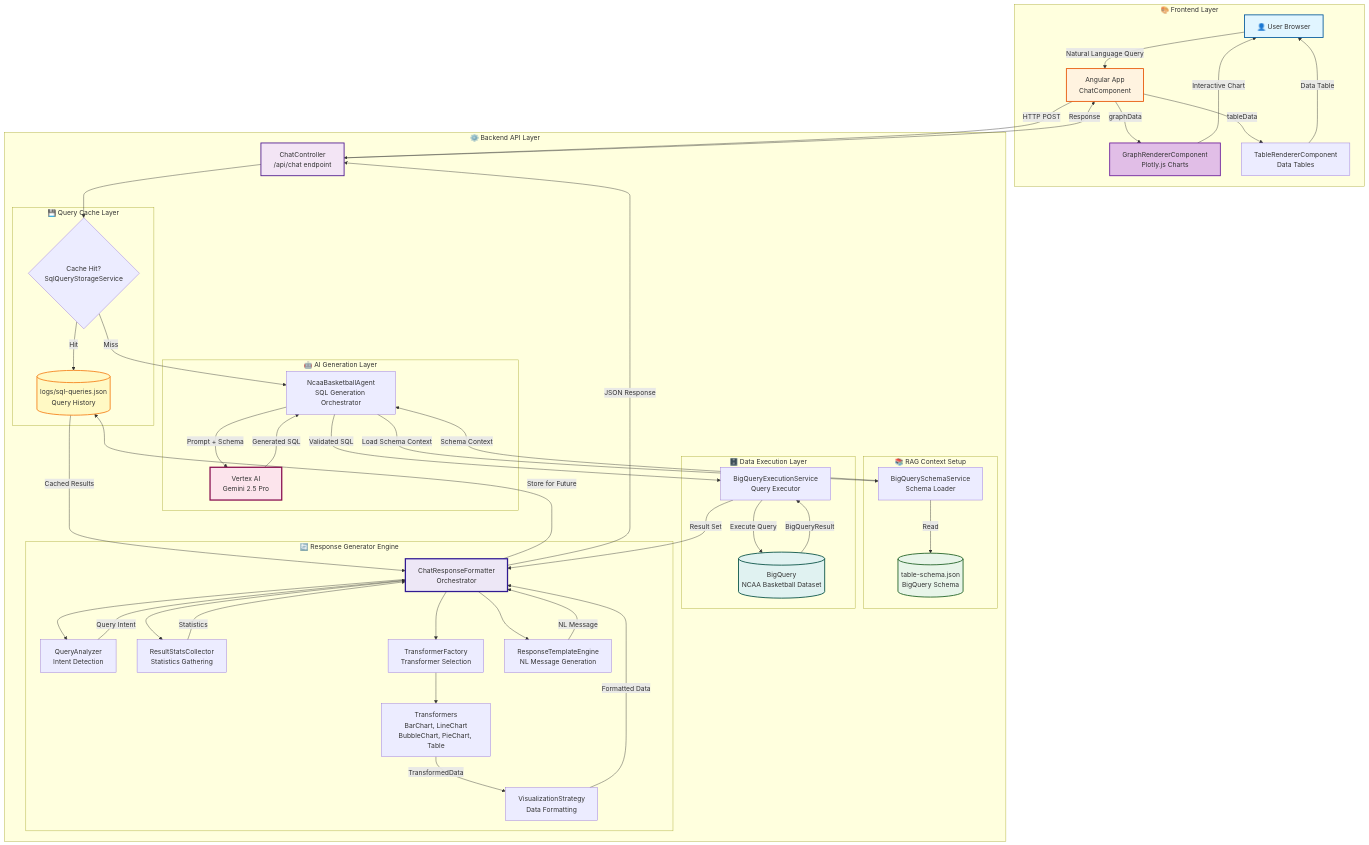
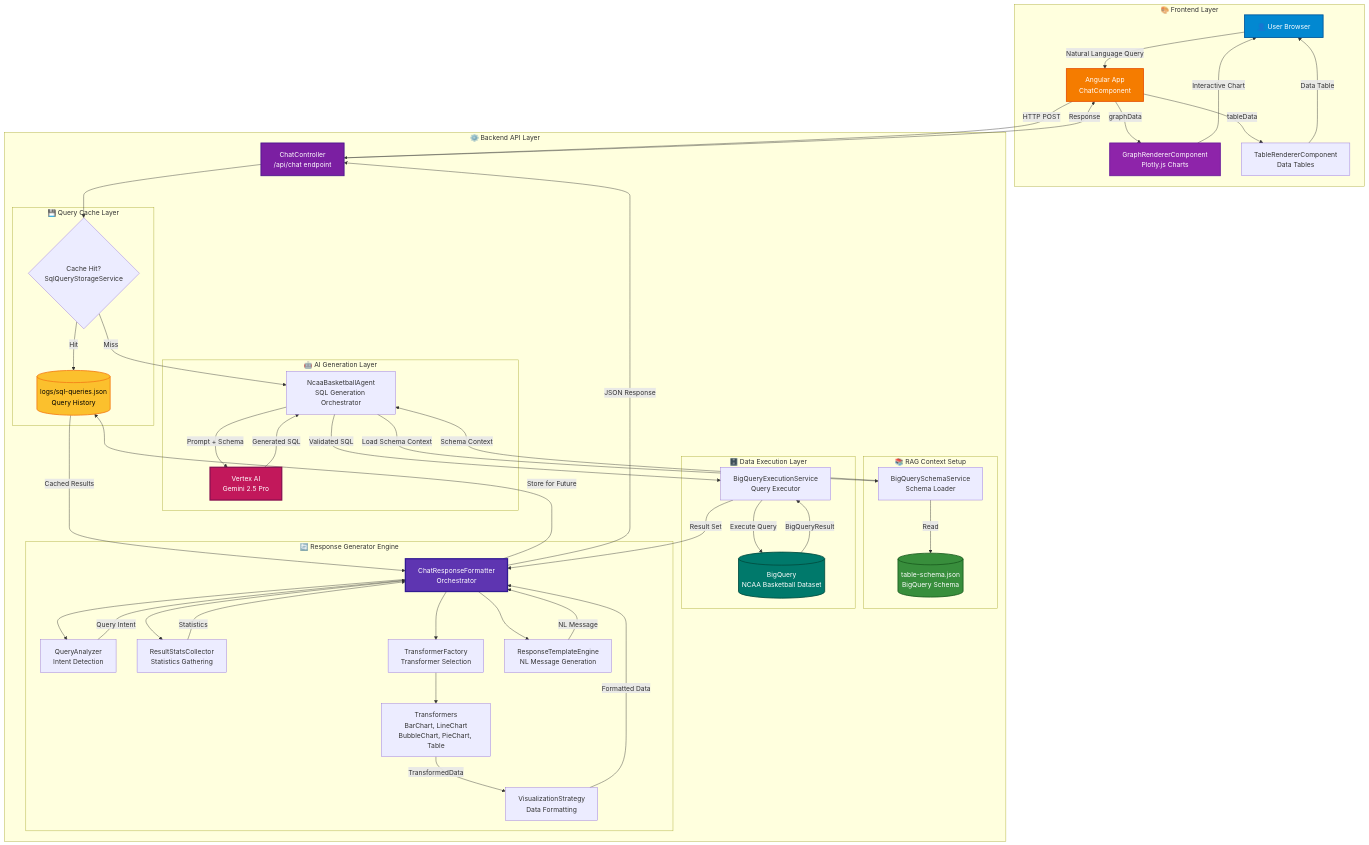
Before and after one commit to build-bros/.github: the second of 2 diagrams in profile/README.md, drawn with Mermaid. The commit also changed other lines of this file, not shown here.

Commit message:
Refactor color styles in architecture diagrams within README.md for improved visibility and consistency.

````diff
--- a/profile/README.md
+++ b/profile/README.md
@@ -181,13 +181,13 @@
     GraphRenderer -->|"Interactive Chart"| User
     TableRenderer -->|"Data Table"| User
 
-    style User fill:#e1f5ff,stroke:#01579b,stroke-width:2px
-    style Angular fill:#fff3e0,stroke:#e65100,stroke-width:2px
-    style Controller fill:#f3e5f5,stroke:#4a148c,stroke-width:2px
-    style SchemaFile fill:#e8f5e9,stroke:#1b5e20,stroke-width:2px
-    style CacheStorage fill:#fff9c4,stroke:#f57f17,stroke-width:2px
-    style VertexAI fill:#fce4ec,stroke:#880e4f,stroke-width:3px
-    style BigQuery fill:#e0f2f1,stroke:#004d40,stroke-width:2px
-    style Formatter fill:#ede7f6,stroke:#311b92,stroke-width:3px
-    style GraphRenderer fill:#e1bee7,stroke:#6a1b9a,stroke-width:2px
+    style User fill:#0288d1,stroke:#01579b,stroke-width:2px,color:#fff
+    style Angular fill:#f57c00,stroke:#e65100,stroke-width:2px,color:#fff
+    style Controller fill:#7b1fa2,stroke:#4a148c,stroke-width:2px,color:#fff
+    style SchemaFile fill:#388e3c,stroke:#1b5e20,stroke-width:2px,color:#fff
+    style CacheStorage fill:#fbc02d,stroke:#f57f17,stroke-width:2px,color:#000
+    style VertexAI fill:#c2185b,stroke:#880e4f,stroke-width:3px,color:#fff
+    style BigQuery fill:#00796b,stroke:#004d40,stroke-width:2px,color:#fff
+    style Formatter fill:#5e35b1,stroke:#311b92,stroke-width:3px,color:#fff
+    style GraphRenderer fill:#8e24aa,stroke:#6a1b9a,stroke-width:2px,color:#fff
 ```
````
